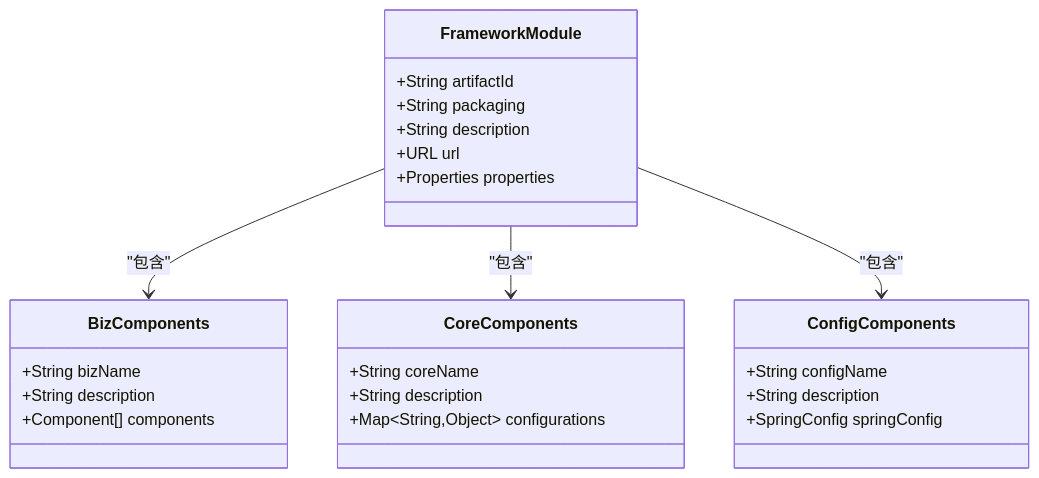
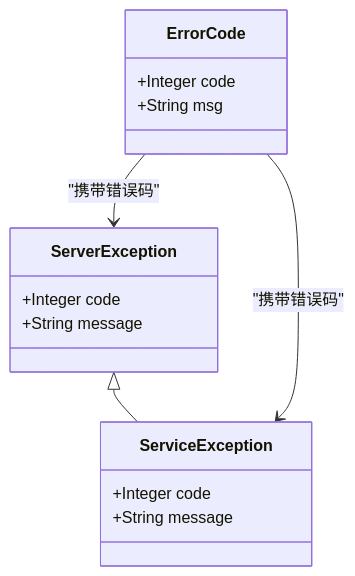
The third of 6 diagrams in .qoder/repowiki/zh/content/快速开始.md (guanglei93/pandora-cloud), drawn with Mermaid before and after one commit. The commit also changed other lines of this file and 51 other files, not shown here.

````diff
--- a/.qoder/repowiki/zh/content/快速开始.md
+++ b/.qoder/repowiki/zh/content/快速开始.md
@@ -126,28 +120,18 @@
 ```mermaid
 classDiagram
-class FrameworkModule {
-+String artifactId
-+String packaging
-+String description
-+URL url
-+Properties properties
+class ErrorCode {
++Integer code
++String msg
 }
-class BizComponents {
-+String bizName
-+String description
-+Component[] components
+class ServerException {
++Integer code
++String message
 }
-class CoreComponents {
-+String coreName
-+String description
-+Map~String,Object~ configurations
+class ServiceException {
++Integer code
++String message
 }
-class ConfigComponents {
-+String configName
-+String description
-+SpringConfig springConfig
-}
-FrameworkModule --> BizComponents : "包含"
-FrameworkModule --> CoreComponents : "包含"
-FrameworkModule --> ConfigComponents : "包含"
+ServerException <|-- ServiceException
+ErrorCode --> ServerException : "携带错误码"
+ErrorCode --> ServiceException : "携带错误码"
 ```
````
